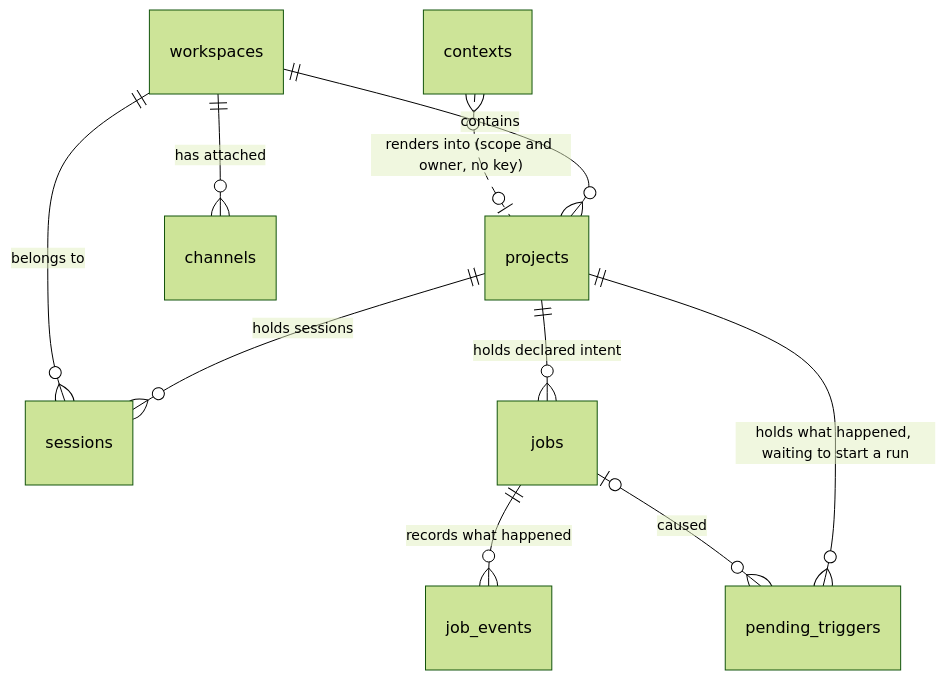
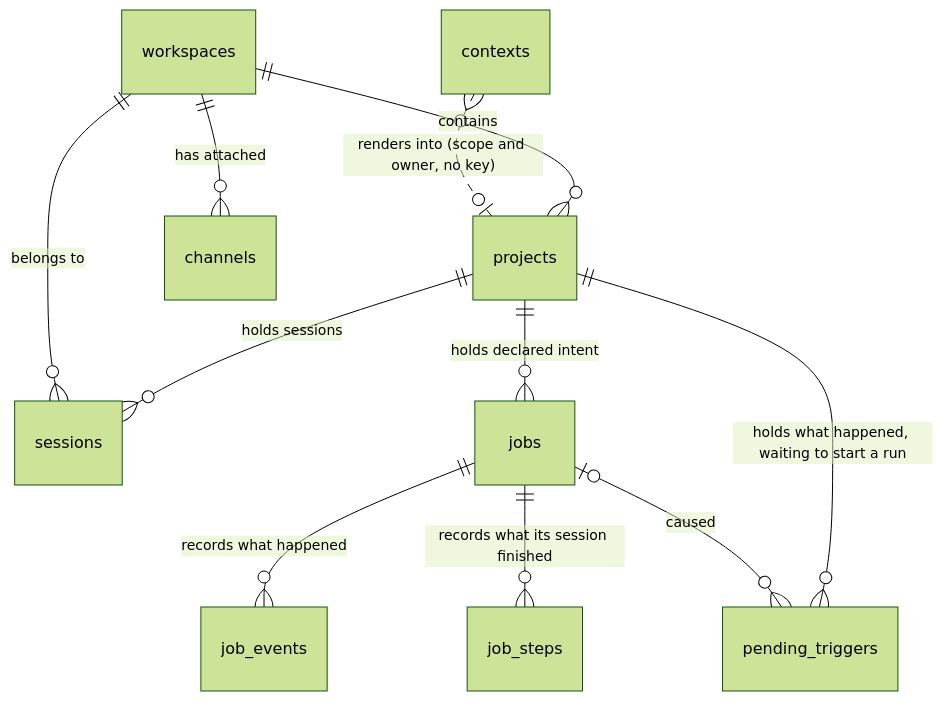
One commit to atlantic-blue/quay-crew changed the third of 3 diagrams in docs/DATABASE.md. Above: the diagram before and after it, drawn with Mermaid (forest theme). The commit also changed other lines of this file and 2 other files, not shown here.

Commit message:
529: docs: the record a continued job carries, and the two answers to a failure

````diff
--- a/docs/DATABASE.md
+++ b/docs/DATABASE.md
@@ -244,12 +250,13 @@
 ```mermaid
 erDiagram
     workspaces ||--o{ projects : contains
     workspaces ||--o{ channels : "has attached"
     projects   ||--o{ sessions : "holds sessions"
     sessions }o--|| workspaces : "belongs to"
     contexts   }o..o| projects : "renders into (scope and owner, no key)"
     projects   ||--o{ jobs : "holds declared intent"
     jobs       ||--o{ job_events : "records what happened"
+    jobs       ||--o{ job_steps : "records what its session finished"
     projects   ||--o{ pending_triggers : "holds what happened, waiting to start a run"
     jobs      |o--o{ pending_triggers : "caused"
 ```
````
